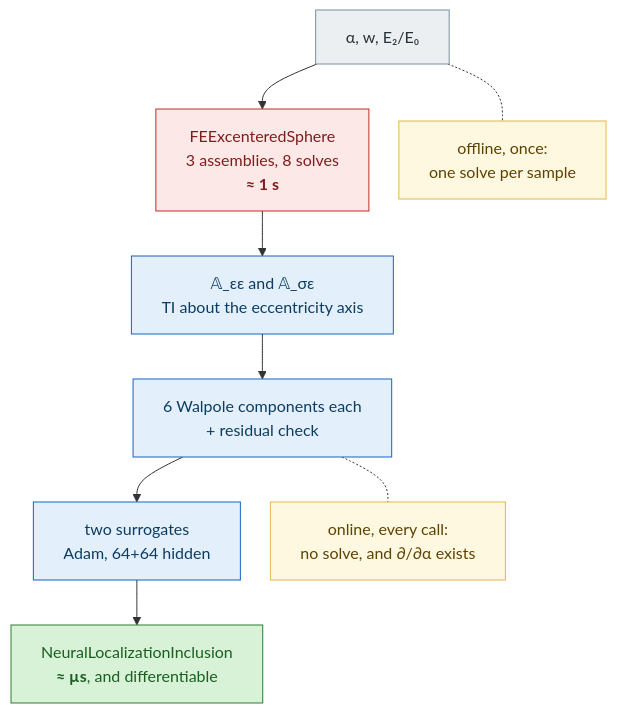
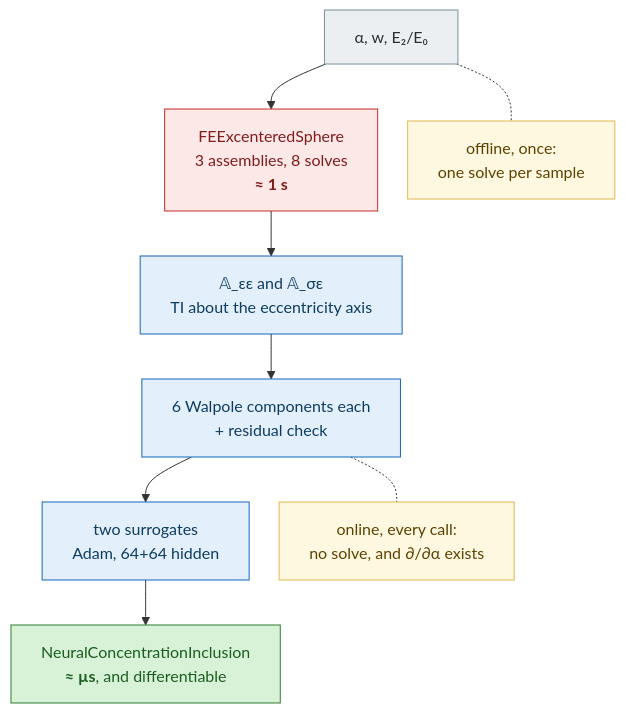
One commit to MicroPoroChemoMechanics/MeanFieldHomogenization.jl changed the diagram in docs/src/tutorials/generated/neural_excentered_sphere.md. Above: the diagram before and after it, drawn with Mermaid. The commit also changed other lines of this file and 226 other files, not shown here.

````diff
--- a/docs/src/tutorials/generated/neural_excentered_sphere.md
+++ b/docs/src/tutorials/generated/neural_excentered_sphere.md
@@ -34,23 +34,23 @@
 ```mermaid
 %%{init: {"flowchart": {"useMaxWidth": false, "nodeSpacing": 30, "rankSpacing": 45, "wrappingWidth": 280}} }%%
 flowchart TB
     P["α, w, E₂/E₀"] --> FE["FEExcenteredSphere<br/>3 assemblies, 8 solves<br/><b>≈ 1 s</b>"]
     FE --> AB["𝔸_εε and 𝔸_σε<br/>TI about the eccentricity axis"]
     AB --> LAB["6 Walpole components each<br/>+ residual check"]
     LAB --> FIT["two surrogates<br/>Adam, 64+64 hidden"]
-    FIT --> USE["NeuralLocalizationInclusion<br/><b>≈ µs</b>, and differentiable"]
+    FIT --> USE["NeuralConcentrationInclusion<br/><b>≈ µs</b>, and differentiable"]
 
     P -.- NT1["offline, once:<br/>one solve per sample"]
     LAB -.- NT2["online, every call:<br/>no solve, and ∂/∂α exists"]
 
     classDef slow fill:#fde8e8,stroke:#c62828,color:#7f1d1d
     classDef fast fill:#d7f2d7,stroke:#2e7d32,color:#1b5e20
     classDef st fill:#e3f0fb,stroke:#1565c0,color:#0d3c61
     classDef inbox fill:#eceff1,stroke:#78909c,color:#263238
     classDef note fill:#fff8e1,stroke:#e0b84c,color:#5d4200
     class FE slow
     class USE fast
     class AB,LAB,FIT st
     class P inbox
     class NT1,NT2 note
 ```
````
